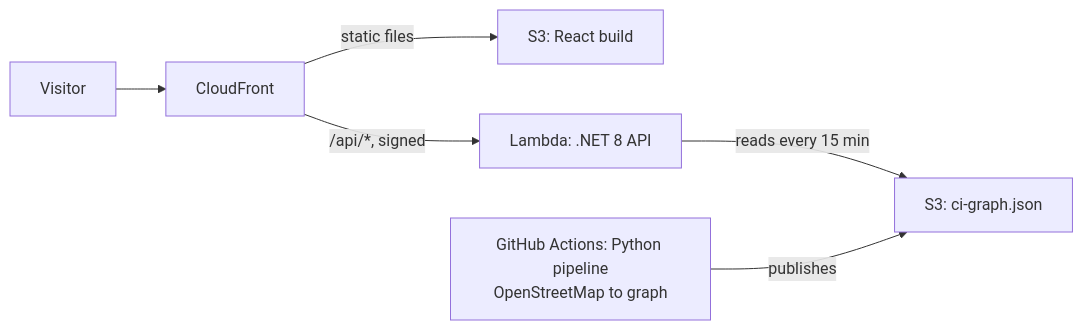
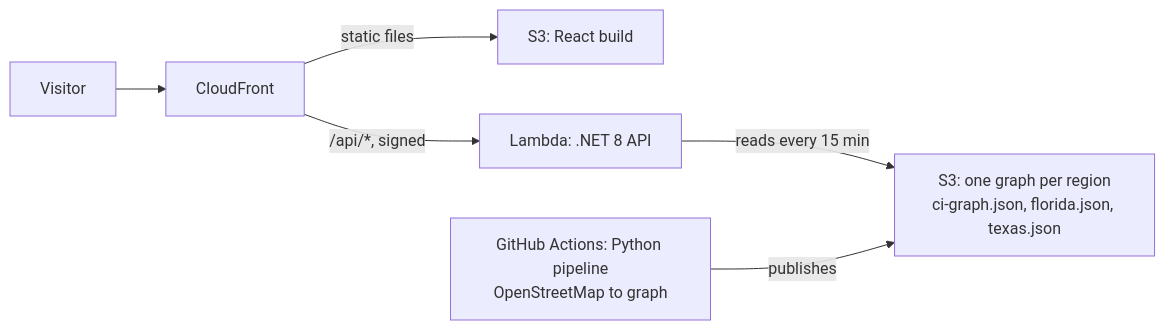
The diagram in README.md (sgavathe/aws-docker-tf-actions-sample), drawn with Mermaid before and after one commit. The commit also changed 18 other files, not shown here.

Commit message:
Live hazards: hurricane track, outline toggle; regions: DMV / Mid-Atlantic, Florida, Texas (#16)

````diff
--- a/README.md
+++ b/README.md
@@ -11,8 +11,8 @@
 ```mermaid
 flowchart LR
     V["Visitor"] --> CF["CloudFront"]
     CF -->|"static files"| S3["S3: React build"]
     CF -->|"/api/*, signed"| L["Lambda: .NET 8 API"]
-    L -->|"reads every 15 min"| G["S3: ci-graph.json"]
+    L -->|"reads every 15 min"| G["S3: one graph per region<br/>ci-graph.json, florida.json, texas.json"]
     P["GitHub Actions: Python pipeline<br/>OpenStreetMap to graph"] -->|"publishes"| G
 ```
````
